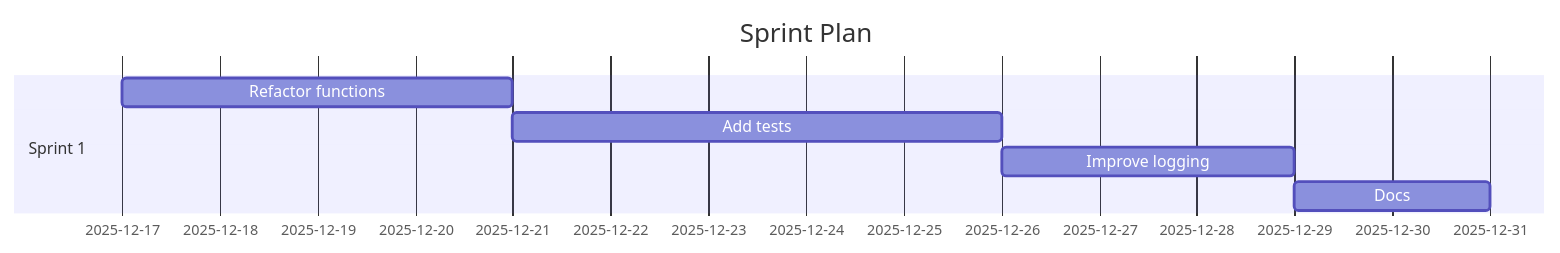
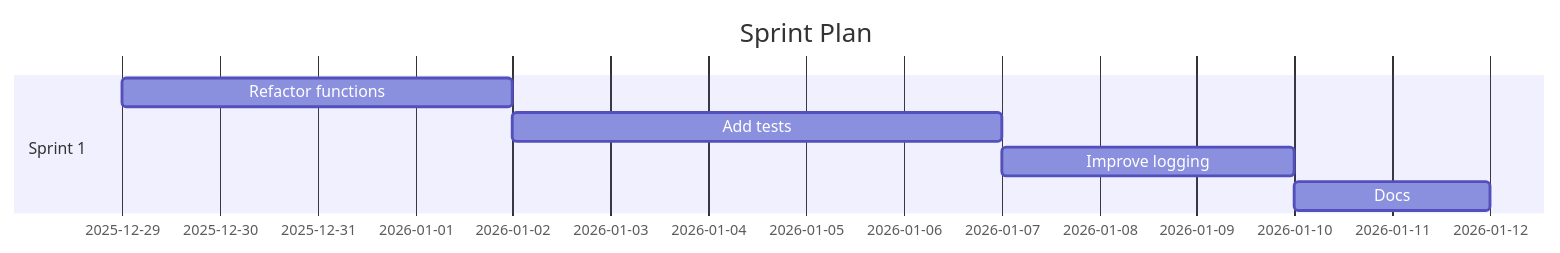
Before and after one commit to Anselmoo/mcp-ai-agent-guidelines: the diagram in demos/demo-code-analysis.sprint.md, drawn with Mermaid. The commit also changed other lines of this file and 115 other files, not shown here.

First line of the commit message:
Refactor mermaid-diagram-generator: Strategy pattern decomposition (87→9 max conditionals per file) (#491)

````diff
--- a/demos/demo-code-analysis.sprint.md
+++ b/demos/demo-code-analysis.sprint.md
@@ -59,11 +59,11 @@
 ```mermaid
 gantt
 	dateFormat  YYYY-MM-DD
 	title Sprint Plan
 %% Accessibility: Title=Project Sprint Plan; Description=Gantt chart of sprints and tasks over time. %%
   section Sprint 1
-  Refactor functions :s1t0, 2025-12-17, 4d
-  Add tests :s1t1, 2025-12-21, 5d
-  Improve logging :s1t2, 2025-12-26, 3d
-  Docs :s1t3, 2025-12-29, 2d
+  Refactor functions :s1t0, 2025-12-29, 4d
+  Add tests :s1t1, 2026-01-02, 5d
+  Improve logging :s1t2, 2026-01-07, 3d
+  Docs :s1t3, 2026-01-10, 2d
 ```
````
